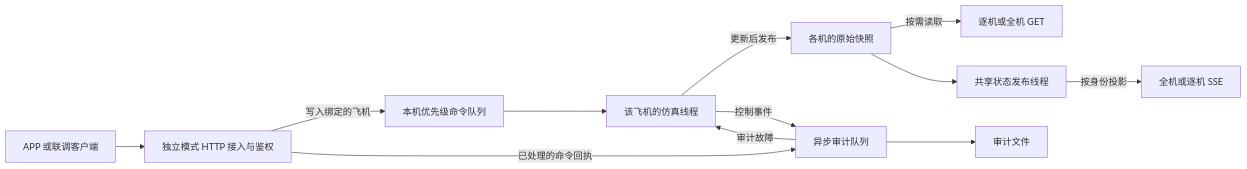
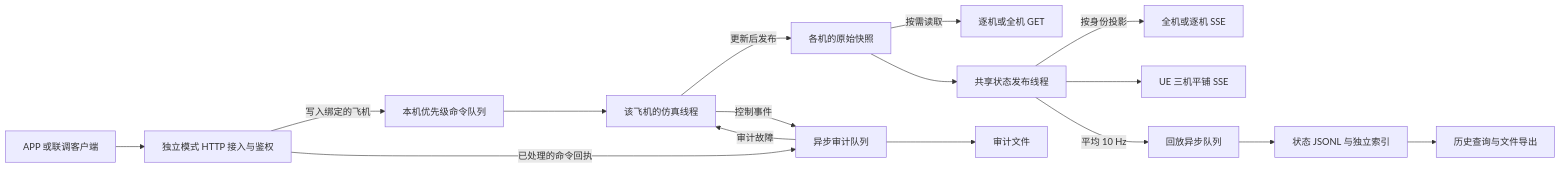
One commit to czy2024333-spec/AppRemoteControlProject changed the diagram in backend/后端架构逻辑说明.md. Above: the diagram before and after it, drawn with Mermaid. The commit also changed other lines of this file and 24 other files, not shown here.

````diff
--- a/backend/后端架构逻辑说明.md
+++ b/backend/后端架构逻辑说明.md
@@ -9,14 +9,18 @@
 ```mermaid
 flowchart LR
     APP[APP 或联调客户端] --> HTTP[独立模式 HTTP 接入与鉴权]
     HTTP -->|写入绑定的飞机| Q[本机优先级命令队列]
     Q --> S[该飞机的仿真线程]
     S -->|更新后发布| P[各机的原始快照]
     P -->|按需读取| GET[逐机或全机 GET]
     P --> F[共享状态发布线程]
     F -->|按身份投影| SSE[全机或逐机 SSE]
+    F --> UE[UE 三机平铺 SSE]
+    F -->|平均 10 Hz| R[回放异步队列]
+    R --> RD[状态 JSONL 与独立索引]
+    RD --> RE[历史查询与文件导出]
     S -->|控制事件| A[异步审计队列]
     HTTP -->|已处理的命令回执| A
     A --> D[审计文件]
     A -->|审计故障| S
 ```
````
